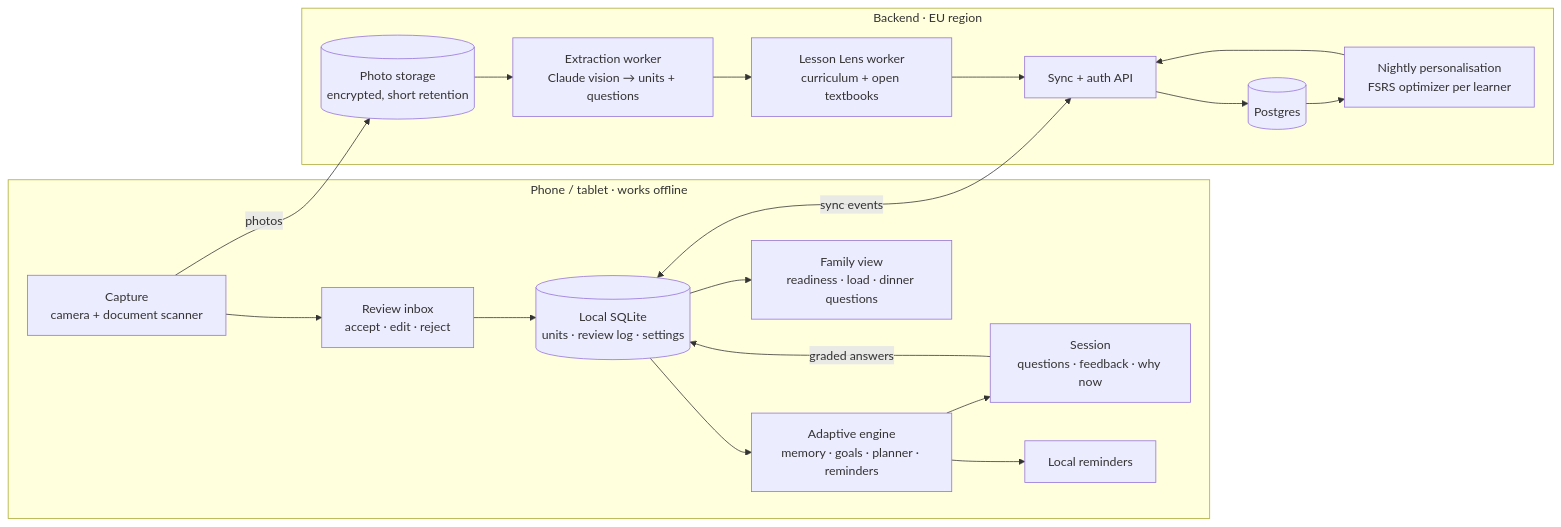
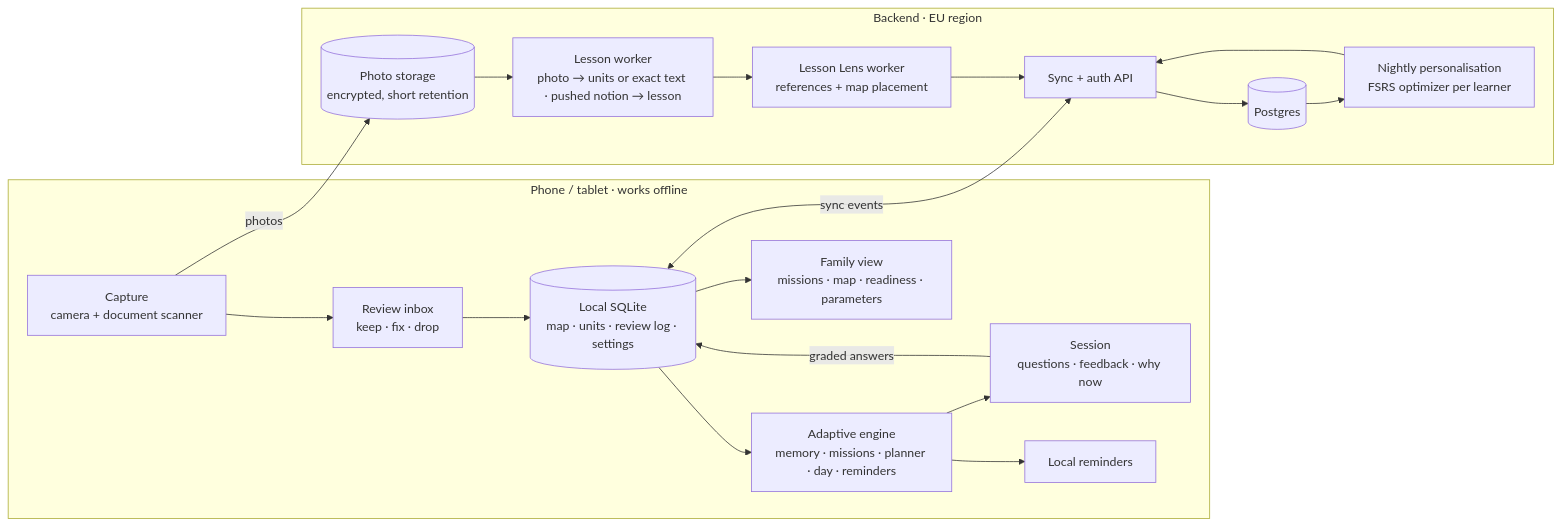
Before and after one commit to FabriceBM/Learning_Companion: the fourth of 6 diagrams in docs/ARCHITECTURE.md, drawn with Mermaid. The commit also changed other lines of this file and 44 other files, not shown here.

````diff
--- a/docs/ARCHITECTURE.md
+++ b/docs/ARCHITECTURE.md
@@ -55,25 +189,25 @@
 ```mermaid
 flowchart LR
   subgraph Device["Phone / tablet · works offline"]
-    CAM["Capture<br/>camera + document scanner"] --> INBOX["Review inbox<br/>accept · edit · reject"]
-    INBOX --> DB[("Local SQLite<br/>units · review log · settings")]
-    DB --> ENGINE["Adaptive engine<br/>memory · goals · planner · reminders"]
+    CAM["Capture<br/>camera + document scanner"] --> INBOX["Review inbox<br/>keep · fix · drop"]
+    INBOX --> DB[("Local SQLite<br/>map · units · review log · settings")]
+    DB --> ENGINE["Adaptive engine<br/>memory · missions · planner · day · reminders"]
     ENGINE --> SESSION["Session<br/>questions · feedback · why now"]
     SESSION -- graded answers --> DB
     ENGINE --> NOTIF["Local reminders"]
-    DB --> FAMILY["Family view<br/>readiness · load · dinner questions"]
+    DB --> FAMILY["Family view<br/>missions · map · readiness · parameters"]
   end
   subgraph Cloud["Backend · EU region"]
     API["Sync + auth API"]
-    INGEST["Extraction worker<br/>Claude vision → units + questions"]
-    LENS["Lesson Lens worker<br/>curriculum + open textbooks"]
+    INGEST["Lesson worker<br/>photo → units or exact text · pushed notion → lesson"]
+    LENS["Lesson Lens worker<br/>references + map placement"]
     FIT["Nightly personalisation<br/>FSRS optimizer per learner"]
     PG[("Postgres")]
     BLOB[("Photo storage<br/>encrypted, short retention")]
   end
   DB <-- sync events --> API
   CAM -- photos --> BLOB
   BLOB --> INGEST --> LENS --> API
   API --> PG
   PG --> FIT --> API
 ```
````
